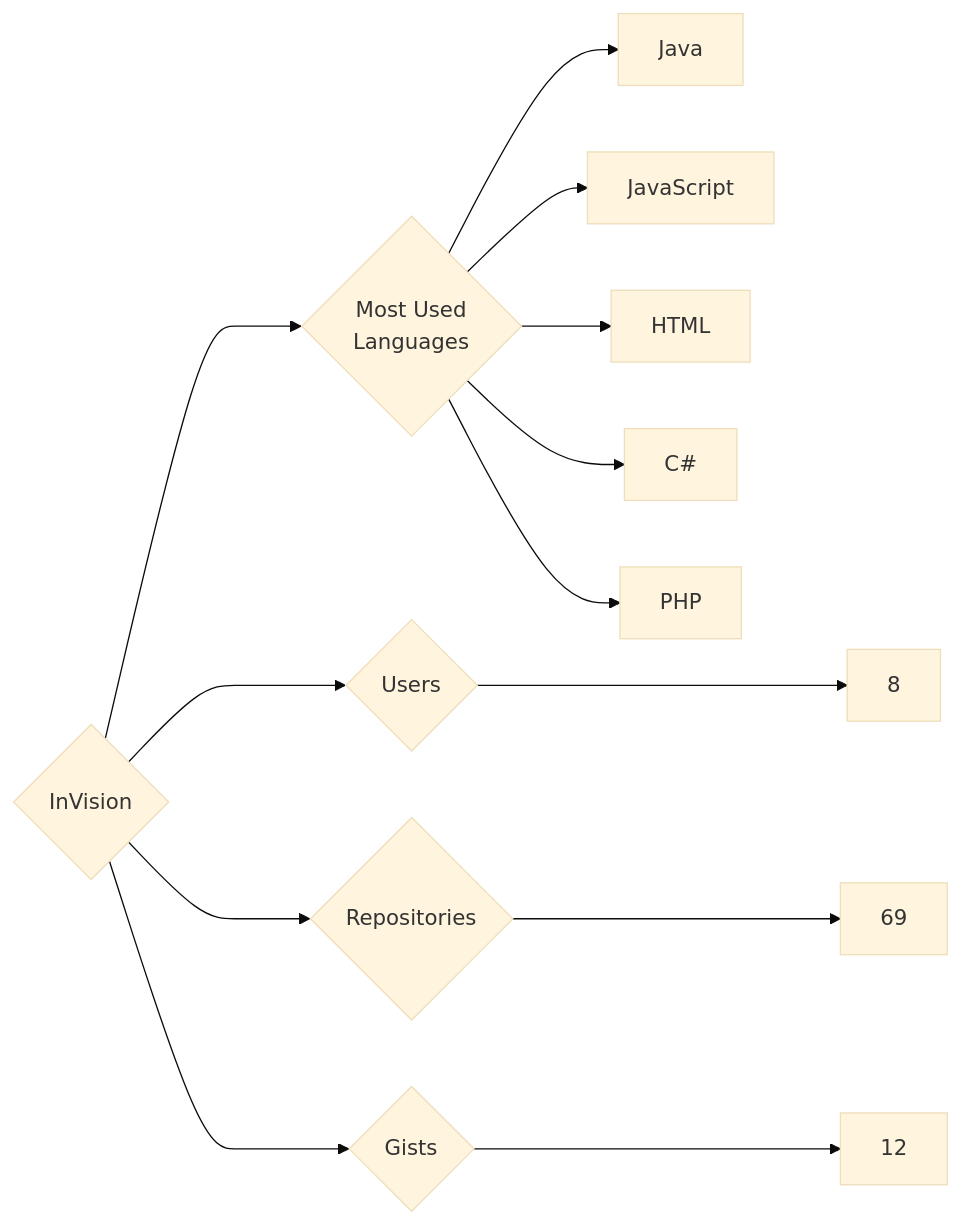
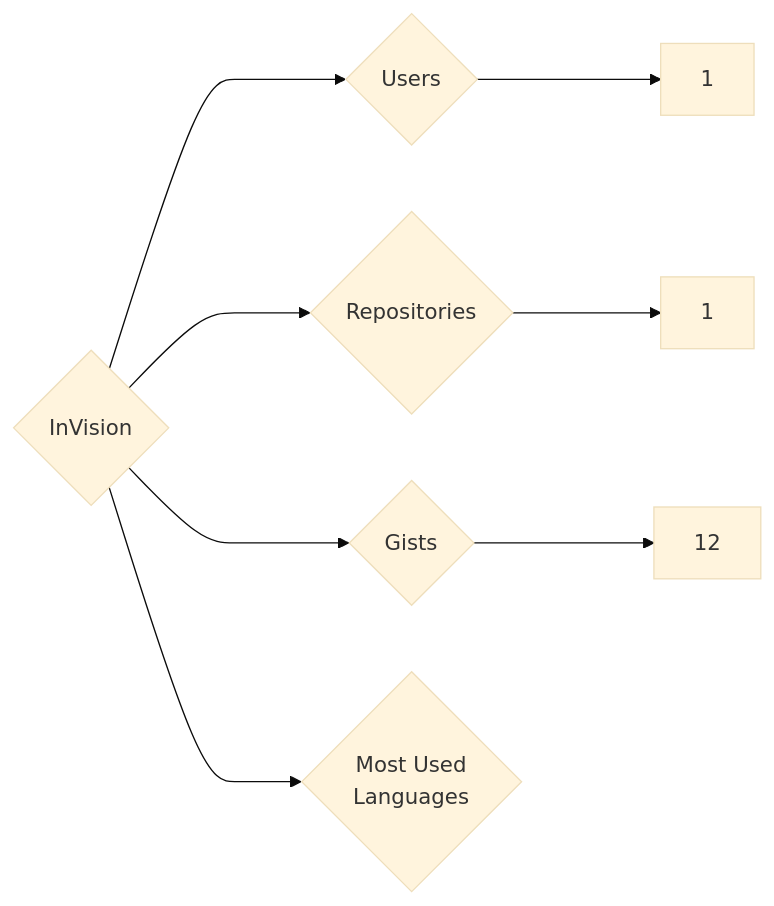
Before and after one commit to trickest/insiders: the diagram in targets/InVision/README.md, drawn with Mermaid (base theme). The commit also changed 618 other files, not shown here.

````diff
--- a/targets/InVision/README.md
+++ b/targets/InVision/README.md
@@ -3,13 +3,8 @@
 ```mermaid
 graph LR
 COMPANY_NAME{InVision}
-COMPANY_NAME ---> U{Users} ---> UN[8]
-COMPANY_NAME ---> R{Repositories} ---> RN[69]
+COMPANY_NAME ---> U{Users} ---> UN[1]
+COMPANY_NAME ---> R{Repositories} ---> RN[1]
 COMPANY_NAME ---> G{Gists} ---> GN[12]
 COMPANY_NAME ---> ML{Most Used<br>Languages}
-ML --> Java[Java]
-ML --> JavaScript[JavaScript]
-ML --> HTML[HTML]
-ML --> C#[C#]
-ML --> PHP[PHP]
 ```
````
